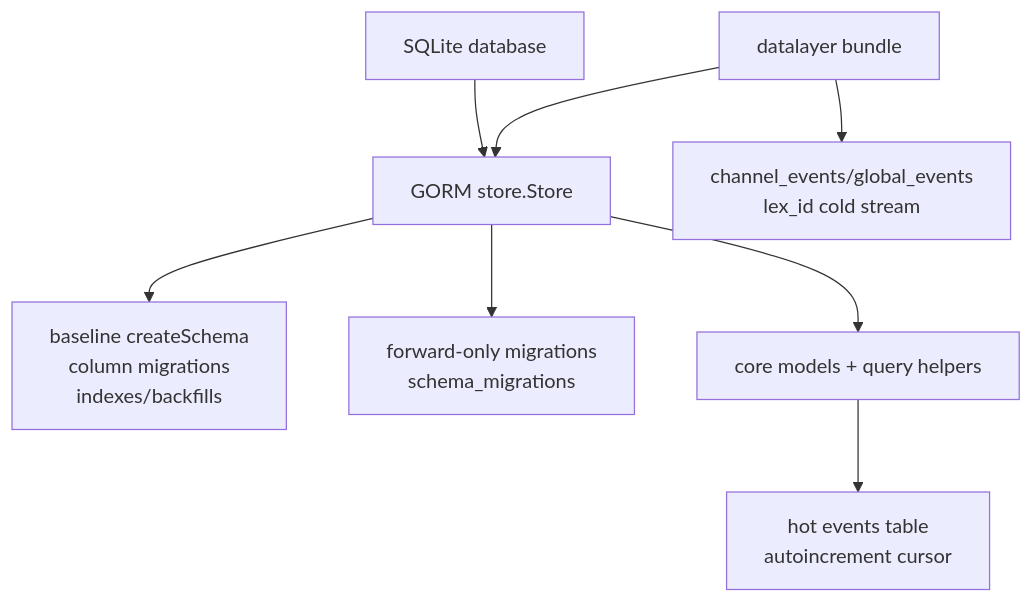
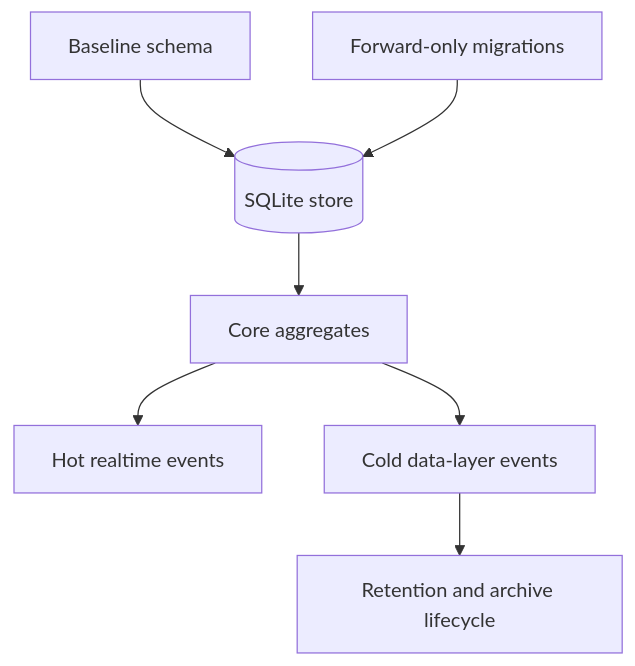
The diagram in docs/current/server/data-model-and-migrations.md (codetreker/borgee), drawn with Mermaid before and after one commit. The commit also changed other lines of this file and 3 other files, not shown here.

Commit message:
docs: refine server architecture narrative

````diff
--- a/docs/current/server/data-model-and-migrations.md
+++ b/docs/current/server/data-model-and-migrations.md
@@ -5,19 +9,17 @@
 ```mermaid
 flowchart TB
-  db[SQLite database]
-  gorm[GORM store.Store]
-  baseline[baseline createSchema\ncolumn migrations\nindexes/backfills]
-  forward[forward-only migrations\nschema_migrations]
-  models[core models + query helpers]
-  hot[hot events table\nautoincrement cursor]
-  cold[channel_events/global_events\nlex_id cold stream]
-  dl[datalayer bundle]
+  store[(SQLite store)]
+  baseline[Baseline schema]
+  forward[Forward-only migrations]
+  aggregates[Core aggregates]
+  hot[Hot realtime events]
+  cold[Cold data-layer events]
+  lifecycle[Retention and archive lifecycle]
 
-  db --> gorm
-  gorm --> baseline
-  gorm --> forward
-  gorm --> models
-  models --> hot
-  dl --> cold
-  dl --> gorm
+  baseline --> store
+  forward --> store
+  store --> aggregates
+  aggregates --> hot
+  aggregates --> cold
+  cold --> lifecycle
 ```
````
